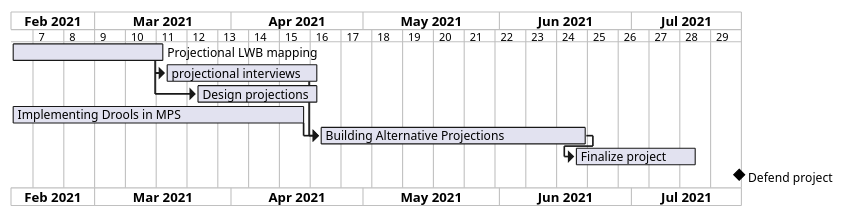
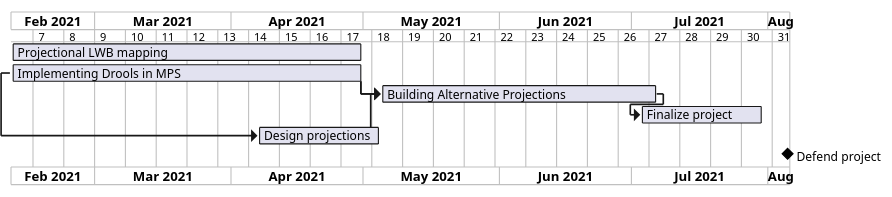
One commit to jewelEarthDeveloper/Thesis2021 changed the diagram in ThesisProposal/images/gantt.wsd. Above: the diagram before and after it, drawn with PlantUML. The commit also changed 10 other files, not shown here.

```diff
--- a/ThesisProposal/images/gantt.wsd
+++ b/ThesisProposal/images/gantt.wsd
@@ -1,17 +1,17 @@
 @startgantt
 printscale weekly
 Project starts the 10th of february 2021
-[Projectional LWB mapping] lasts 35 days
-Then [projectional interviews] lasts 35 days
-[Design projections] lasts 28 days and starts 1 week after [projectional interviews]'s start
+[Projectional LWB mapping] lasts 80 days
 
-[Implementing Drools in MPS] lasts 67 days
-Then [Building Alternative Projections] lasts 61 days
+[Implementing Drools in MPS] lasts 80 days
+Then [Building Alternative Projections] lasts 63 days
 Then [Finalize project] lasts 4 weeks
 
-[projectional interviews] -> [Building Alternative Projections]
+[Implementing Drools in MPS] -> [Building Alternative Projections]
 
+[Design projections] lasts 28 days and starts 8 weeks after [Implementing Drools in MPS]'s start
+[Design projections] -> [Building Alternative Projections]
 
-[Defend project] happens 25th july 2021
+[Defend project] happens 5th August 2021
 
 @endgantt
```
